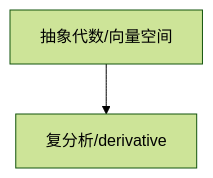
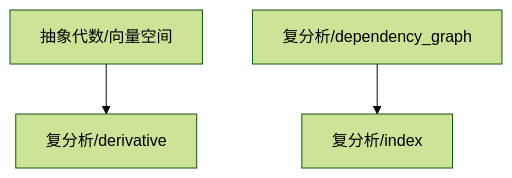
One commit to zeroDtree/zeroDtree.github.io changed the diagram in content/复分析/dependency_graph.md. Above: the diagram before and after it, drawn with Mermaid (forest theme). The commit also changed 30 other files, not shown here.

````diff
--- a/content/复分析/dependency_graph.md
+++ b/content/复分析/dependency_graph.md
@@ -1,4 +1,5 @@
 ```mermaid
 graph TD
 1["抽象代数/向量空间"] --> 0["复分析/derivative"]
+3["复分析/dependency_graph"] --> 2["复分析/index"]
 ```
````
